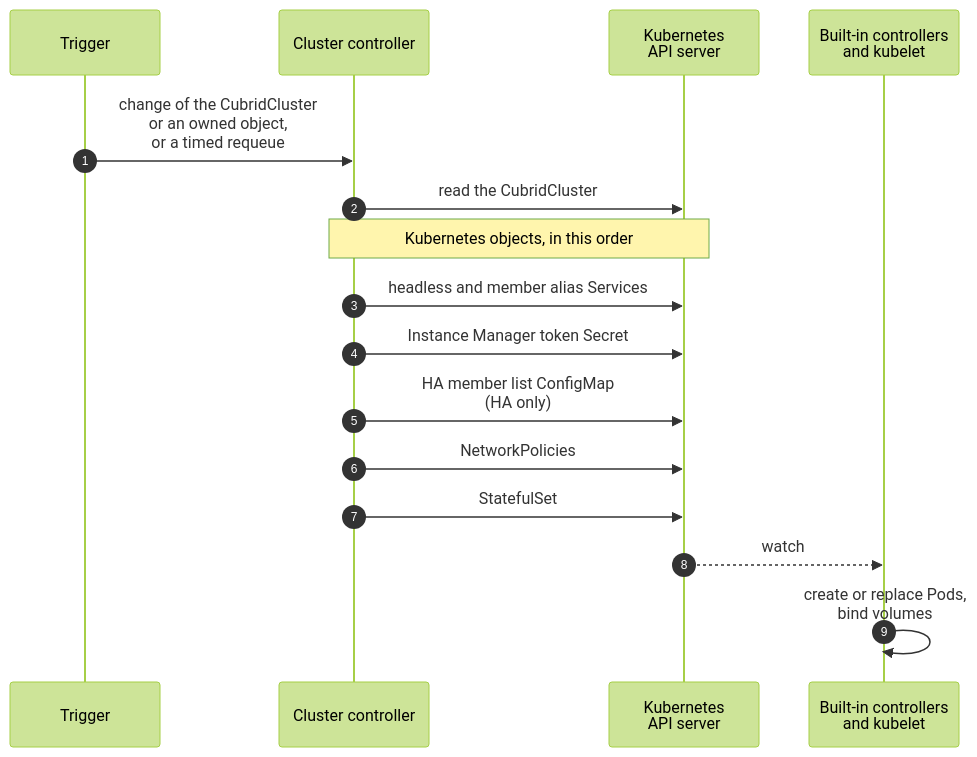
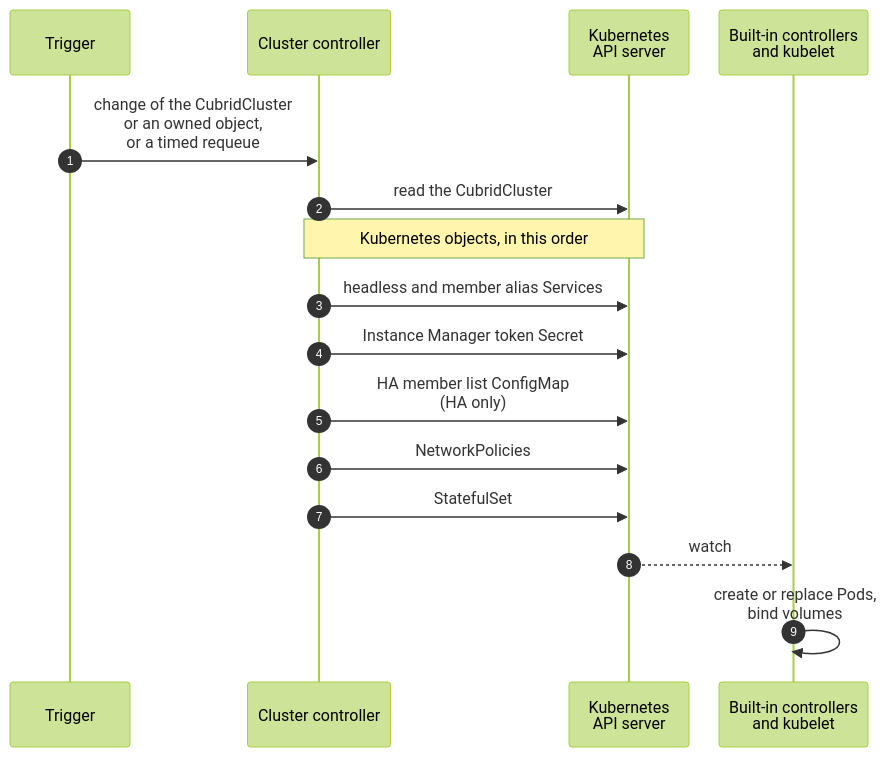
Before and after one commit to cubrid-lab/cubrid-kubernetes-operator: the first of 3 diagrams in docs/architecture/reconciliation.md, drawn with Mermaid (forest theme). The commit also changed other lines of this file and 3 other files, not shown here.

Commit message:
docs(architecture): narrow the sequence diagrams and keep member order

````diff
--- a/docs/architecture/reconciliation.md
+++ b/docs/architecture/reconciliation.md
@@ -29,19 +29,20 @@
 ```mermaid
+%%{init: {"sequence": {"actorMargin": 30, "width": 120}}}%%
 sequenceDiagram
     autonumber
     participant T as Trigger
     participant CC as Cluster controller
     participant API as Kubernetes<br/>API server
     participant K8S as Built-in controllers<br/>and kubelet
 
     T->>CC: change of the CubridCluster<br/>or an owned object,<br/>or a timed requeue
     CC->>API: read the CubridCluster
     Note over CC,API: Kubernetes objects, in this order
     CC->>API: headless and member alias Services
     CC->>API: Instance Manager token Secret
     CC->>API: HA member list ConfigMap<br/>(HA only)
     CC->>API: NetworkPolicies
     CC->>API: StatefulSet
     API-->>K8S: watch
     K8S->>K8S: create or replace Pods,<br/>bind volumes
 ```
````
